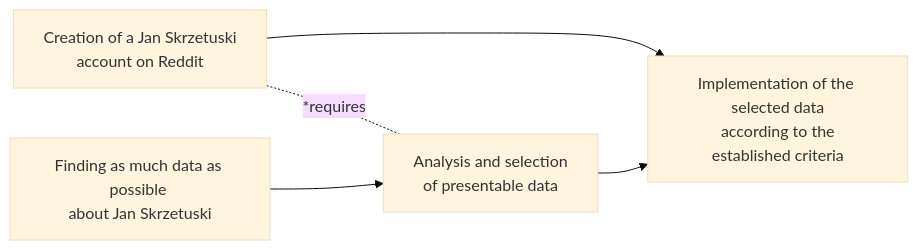
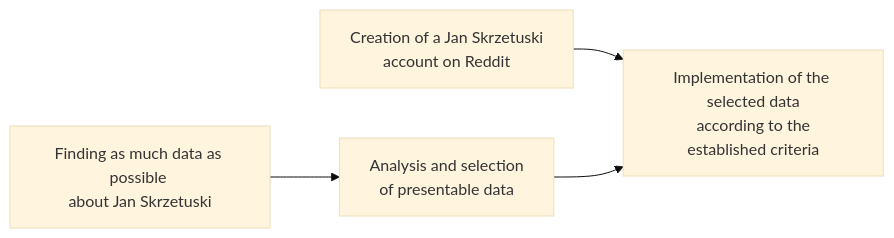
One commit to n-kodem/Jan-Skrzetuski_Twitter changed the diagram in README.md. Above: the diagram before and after it, drawn with Mermaid (base theme).

Commit message:
readme update

````diff
--- a/README.md
+++ b/README.md
@@ -25,7 +25,6 @@
 ```mermaid
 graph LR
     A2[Creation of a Jan Skrzetuski <br>account on Reddit] --> C[Implementation of the selected data<br> according to the established criteria]
     A1[Finding as much data as possible <br>about Jan Skrzetuski] --> B[Analysis and selection <br>of presentable data]
     B --> C
-    A2 -.- |*requires|B;
 ```
````
